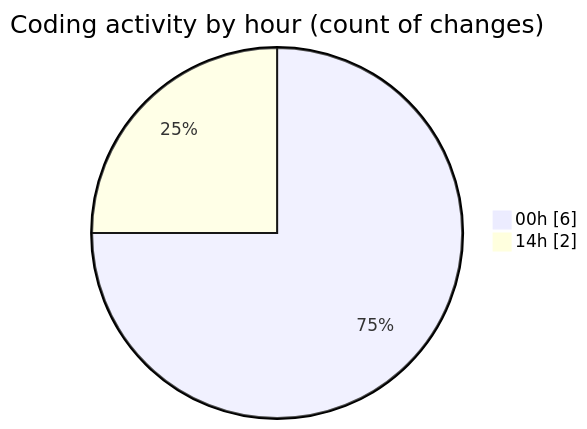
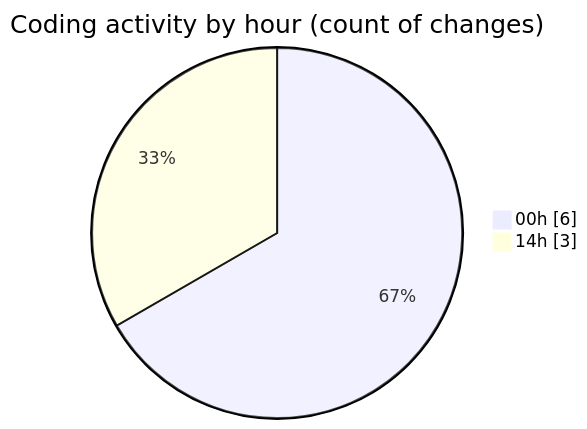
One commit to MatusMokan/code-tracking changed the second of 2 diagrams in 2025-03-15/myws__workspace_/README.md. Above: the diagram before and after it, drawn with Mermaid. The commit also changed other lines of this file and 1 other file, not shown here.

````diff
--- a/2025-03-15/myws__workspace_/README.md
+++ b/2025-03-15/myws__workspace_/README.md
@@ -30,6 +30,6 @@
 ```mermaid
 pie showData
 title Coding activity by hour (count of changes)
 "00h" : 6
-"14h" : 2
+"14h" : 3
 ```
````
